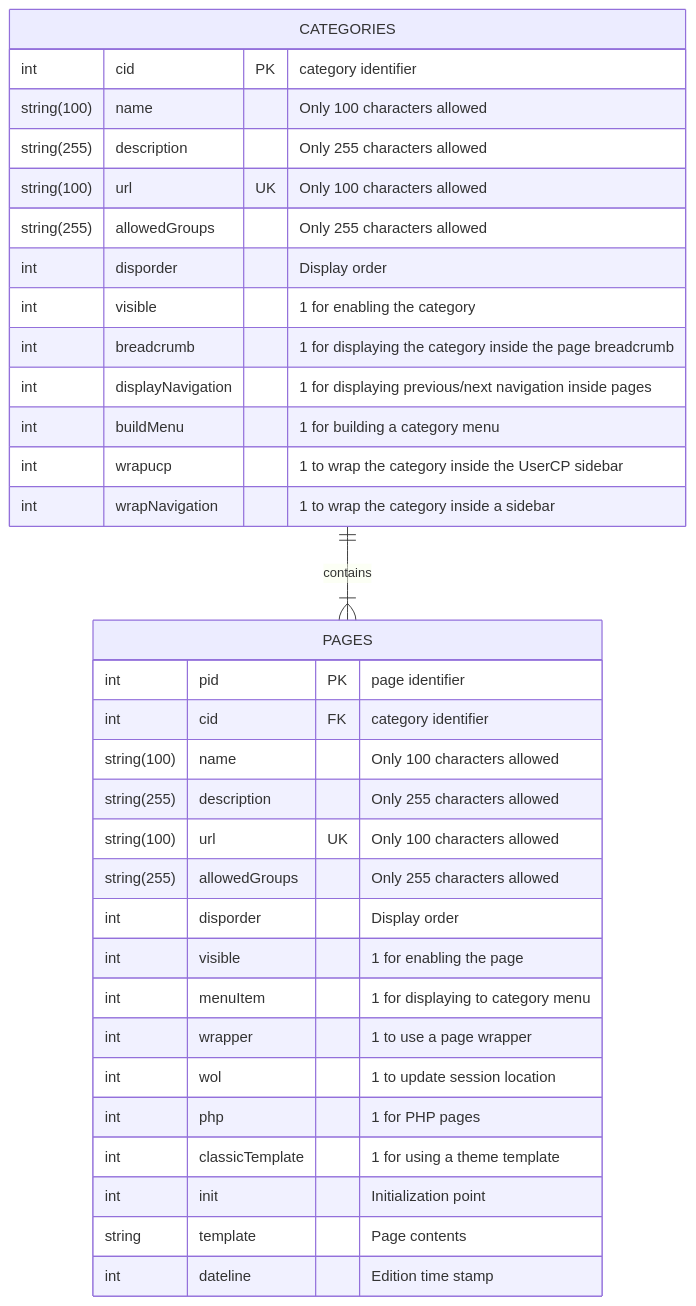
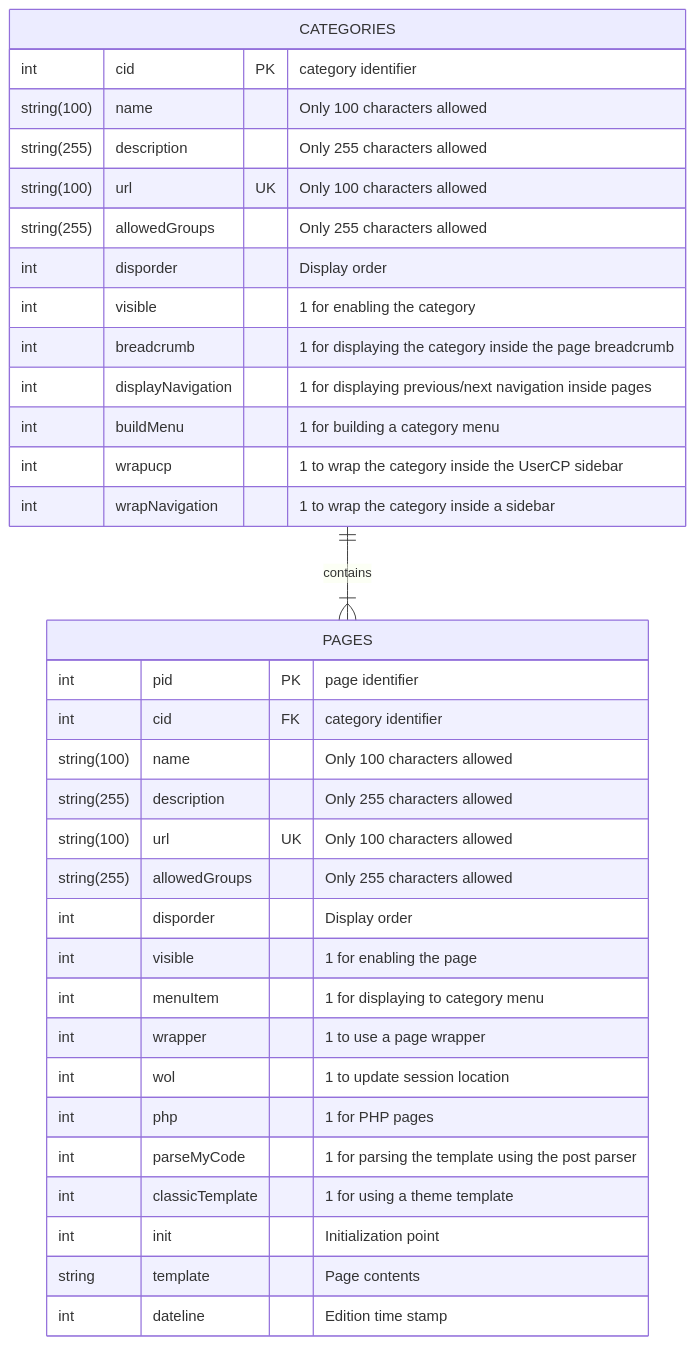
One commit to OUGC-Network/ougc-Pages changed the diagram in README.md. Above: the diagram before and after it, drawn with Mermaid. The commit also changed other lines of this file and 10 other files, not shown here.

Commit message:
Add page option to page MyCode `parseMyCode `

````diff
--- a/README.md
+++ b/README.md
@@ -142,36 +142,37 @@
 ```mermaid
 erDiagram
     CATEGORIES {
         int cid PK "category identifier"
         string(100) name "Only 100 characters allowed"
         string(255) description "Only 255 characters allowed"
         string(100) url UK "Only 100 characters allowed"
         string(255) allowedGroups "Only 255 characters allowed"
         int disporder "Display order"
         int visible "1 for enabling the category"
         int breadcrumb "1 for displaying the category inside the page breadcrumb"
         int displayNavigation "1 for displaying previous/next navigation inside pages"
         int buildMenu "1 for building a category menu"
         int wrapucp "1 to wrap the category inside the UserCP sidebar"
         int wrapNavigation "1 to wrap the category inside a sidebar"
     }
     PAGES {
         int pid PK "page identifier"
         int cid FK "category identifier"
         string(100) name "Only 100 characters allowed"
         string(255) description "Only 255 characters allowed"
         string(100) url UK "Only 100 characters allowed"
         string(255) allowedGroups "Only 255 characters allowed"
         int disporder "Display order"
         int visible "1 for enabling the page"
         int menuItem "1 for displaying to category menu"
         int wrapper "1 to use a page wrapper"
         int wol "1 to update session location"
         int php "1 for PHP pages"
+        int parseMyCode "1 for parsing the template using the post parser"
         int classicTemplate "1 for using a theme template"
         int init "Initialization point"
         string template "Page contents"
         int dateline "Edition time stamp"
     }
     CATEGORIES ||--|{ PAGES : contains
 ```
````
